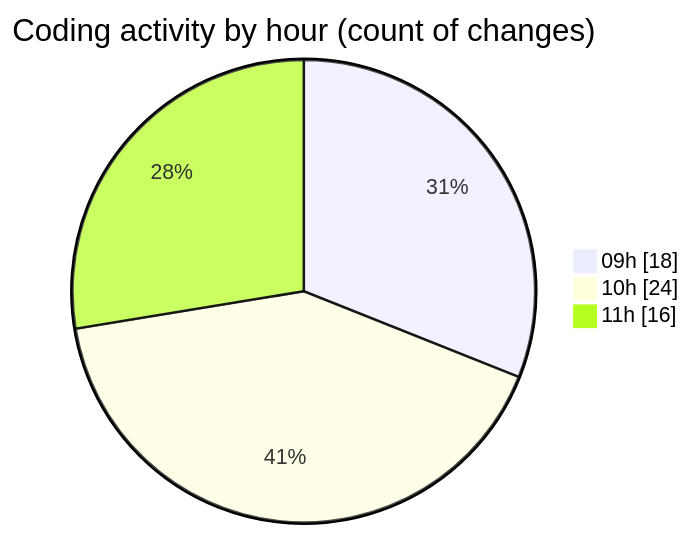
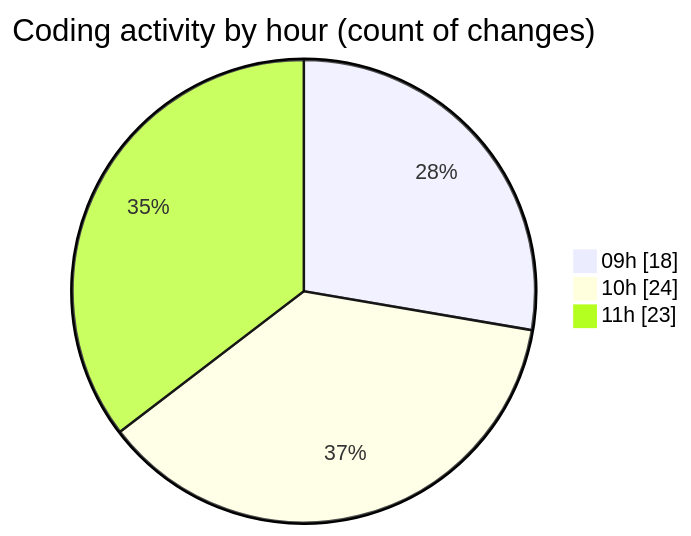
One commit to momahboobian/code-tracking changed the second of 2 diagrams in 2025-09-16/cda/README.md. Above: the diagram before and after it, drawn with Mermaid. The commit also changed other lines of this file and 1 other file, not shown here.

````diff
--- a/2025-09-16/cda/README.md
+++ b/2025-09-16/cda/README.md
@@ -31,7 +31,7 @@
 ```mermaid
 pie showData
 title Coding activity by hour (count of changes)
 "09h" : 18
 "10h" : 24
-"11h" : 16
+"11h" : 23
 ```
````
